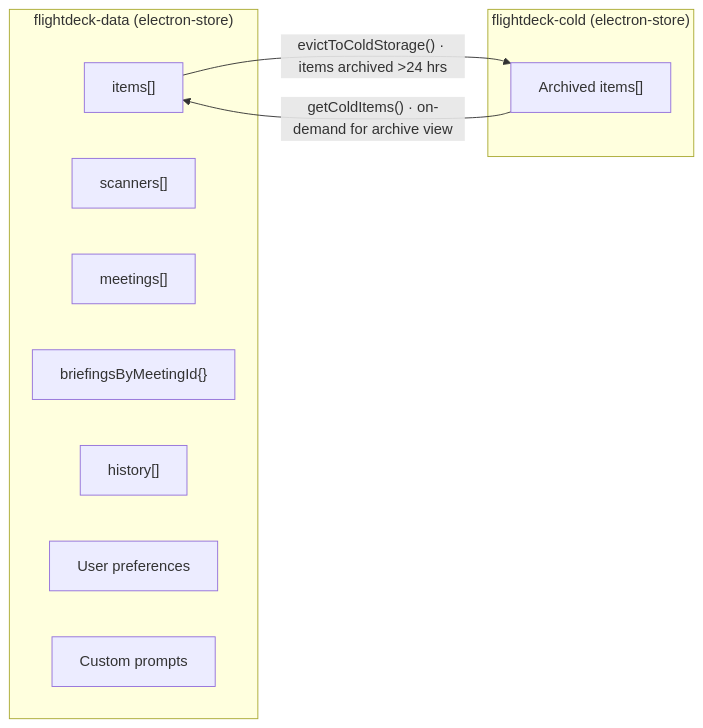
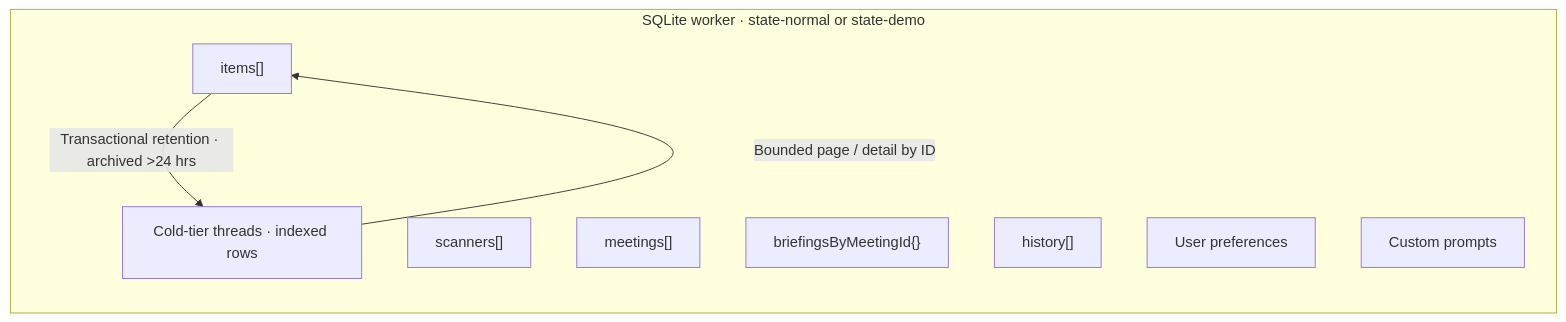
One commit to kpoineal/FlightDeck changed the seventh of 7 diagrams in docs/architecture.md. Above: the diagram before and after it, drawn with Mermaid. The commit also changed other lines of this file and 80 other files, not shown here.

````diff
--- a/docs/architecture.md
+++ b/docs/architecture.md
@@ -422,19 +431,15 @@
 ```mermaid
 graph LR
-  subgraph Active["flightdeck-data (electron-store)"]
+  subgraph Active["SQLite worker · state-normal or state-demo"]
     ITEMS["items[]"]
     SCANNERS["scanners[]"]
     MEETINGS["meetings[]"]
     BRIEFINGS["briefingsByMeetingId{}"]
     HISTORY["history[]"]
     PREFS["User preferences"]
     PROMPTS["Custom prompts"]
+    ARCHIVED["Cold-tier threads · indexed rows"]
   end
-
-  subgraph Cold["flightdeck-cold (electron-store)"]
-    ARCHIVED["Archived items[]"]
-  end
-
-  ITEMS -->|"evictToColdStorage() · items archived >24 hrs"| ARCHIVED
-  ARCHIVED -->|"getColdItems() · on-demand for archive view"| ITEMS
+  ITEMS -->|"Transactional retention · archived >24 hrs"| ARCHIVED
+  ARCHIVED -->|"Bounded page / detail by ID"| ITEMS
 ```
````
